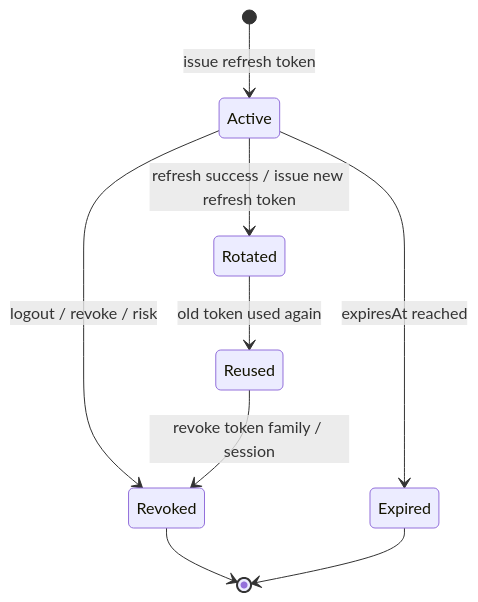
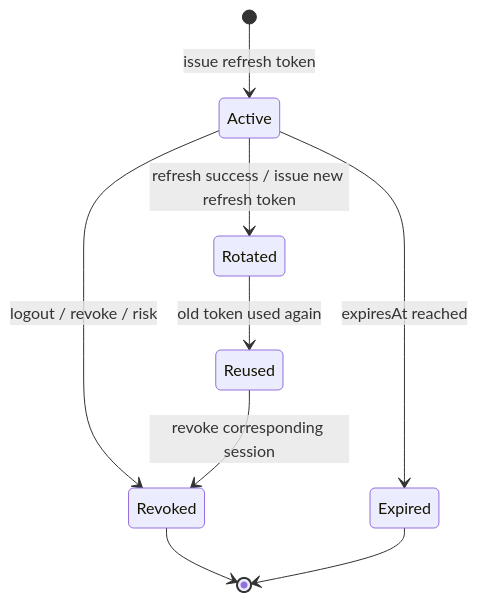
The fifth of 9 diagrams in docs/02-业务模块/02-AuthN/05-关键链路-Token签发刷新吊销.md (FangcunMount/iam), drawn with Mermaid before and after one commit. The commit also changed other lines of this file and 81 other files, not shown here.

````diff
--- a/docs/02-业务模块/02-AuthN/05-关键链路-Token签发刷新吊销.md
+++ b/docs/02-业务模块/02-AuthN/05-关键链路-Token签发刷新吊销.md
@@ -411,11 +412,11 @@
 ```mermaid
 stateDiagram-v2
     [*] --> Active : issue refresh token
     Active --> Rotated : refresh success / issue new refresh token
     Rotated --> Reused : old token used again
     Active --> Revoked : logout / revoke / risk
     Active --> Expired : expiresAt reached
-    Reused --> Revoked : revoke token family / session
+    Reused --> Revoked : revoke corresponding session
     Revoked --> [*]
     Expired --> [*]
 ```
````
